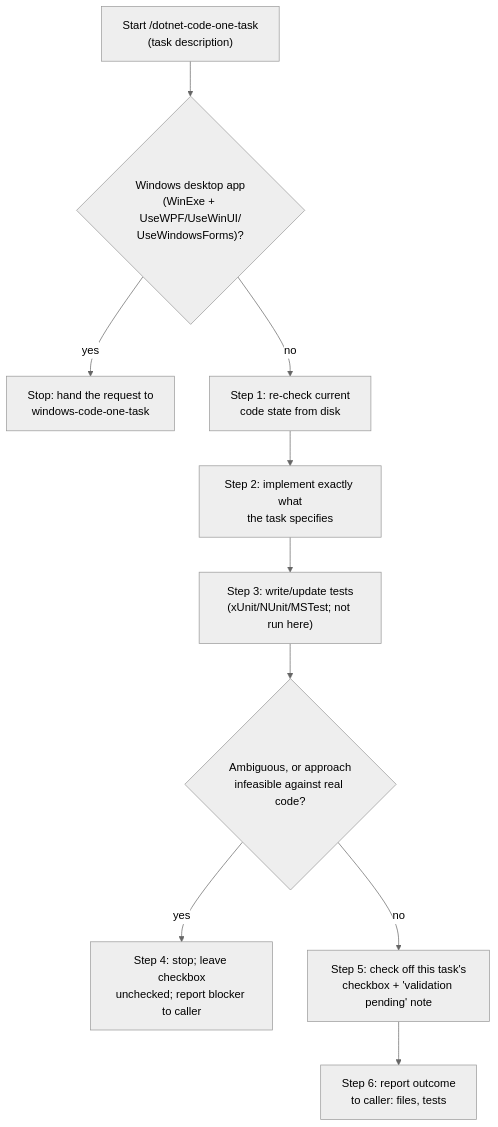
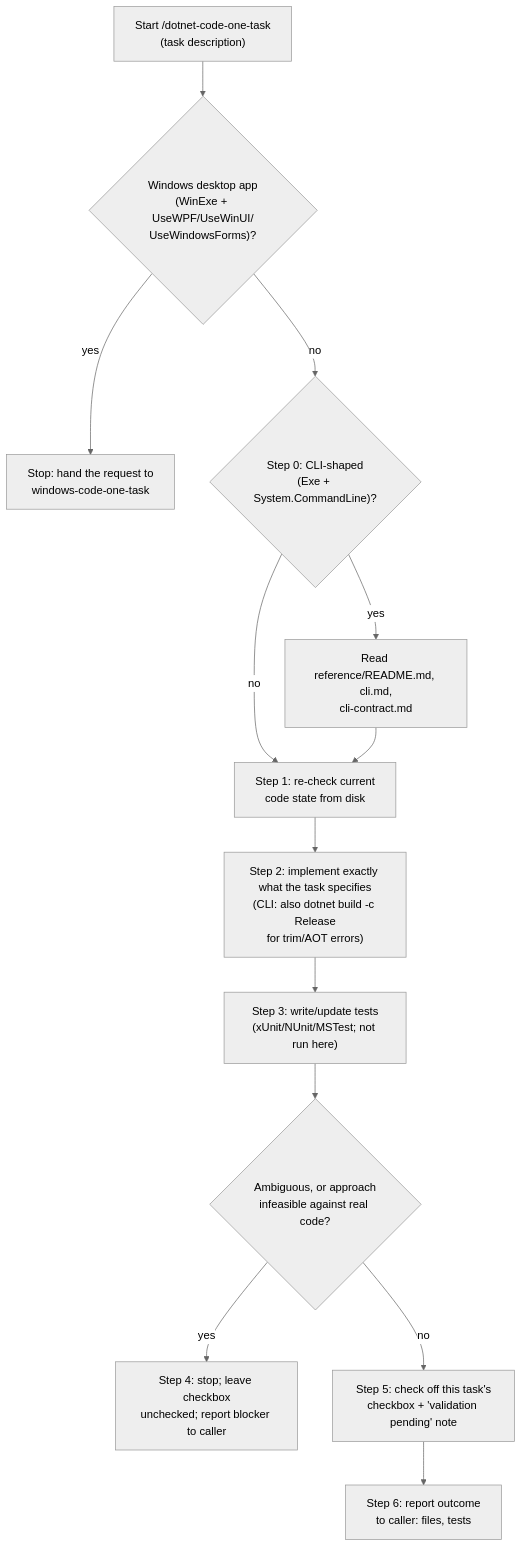
The diagram in docs/modules/ROOT/pages/skills/iru-dotnet-code-one-task.adoc (albertoirurueta/ai-catalog), drawn with Mermaid (neutral theme) before and after one commit. The commit also changed other lines of this file and 140 other files, not shown here.

```diff
--- a/docs/modules/ROOT/pages/skills/iru-dotnet-code-one-task.adoc
+++ b/docs/modules/ROOT/pages/skills/iru-dotnet-code-one-task.adoc
@@ -73,13 +93,16 @@
 [mermaid]
 ....
 flowchart TD
     A["Start /dotnet-code-one-task\n(task description)"] --> W{"Windows desktop app\n(WinExe + UseWPF/UseWinUI/\nUseWindowsForms)?"}
     W -- yes --> W2["Stop: hand the request to\nwindows-code-one-task"]
-    W -- no --> B["Step 1: re-check current\ncode state from disk"]
-    B --> C["Step 2: implement exactly what\nthe task specifies"]
+    W -- no --> X{"Step 0: CLI-shaped\n(Exe + System.CommandLine)?"}
+    X -- yes --> X2["Read reference/README.md, cli.md,\ncli-contract.md"]
+    X -- no --> B
+    X2 --> B["Step 1: re-check current\ncode state from disk"]
+    B --> C["Step 2: implement exactly what the task specifies\n(CLI: also dotnet build -c Release\nfor trim/AOT errors)"]
     C --> D["Step 3: write/update tests\n(xUnit/NUnit/MSTest; not run here)"]
     D --> E{"Ambiguous, or approach\ninfeasible against real code?"}
     E -- yes --> F["Step 4: stop; leave checkbox\nunchecked; report blocker to caller"]
     E -- no --> G["Step 5: check off this task's\ncheckbox + 'validation pending' note"]
     G --> H["Step 6: report outcome\nto caller: files, tests"]
 ....
```
